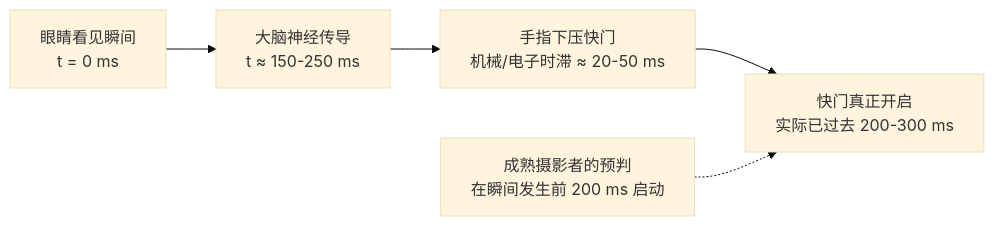
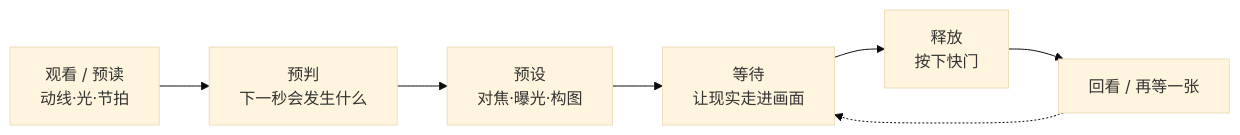
The first of 2 diagrams in docs/06-timing.md (yingwang/photography-book), drawn with Mermaid (base theme) before and after one commit. The commit also changed other lines of this file and 18 other files, not shown here.

````diff
--- a/docs/06-timing.md
+++ b/docs/06-timing.md
@@ -89,7 +95,9 @@
 ```mermaid
 graph LR
-    A["眼睛看见瞬间<br/>t = 0 ms"] --> B["大脑神经传导<br/>t ≈ 150-250 ms"]
-    B --> C["手指下压快门<br/>机械/电子时滞 ≈ 20-50 ms"]
-    C --> D["快门真正开启<br/>实际已过去 200-300 ms"]
-    E["成熟摄影者的预判<br/>在瞬间发生前 200 ms 启动"] -.-> D
+    A["观看 / 预读<br/>动线·光·节拍"] --> B["预判<br/>下一秒会发生什么"]
+    B --> C["预设<br/>对焦·曝光·构图"]
+    C --> D["等待<br/>让现实走进画面"]
+    D --> E["释放<br/>按下快门"]
+    E --> F["回看 / 再等一张"]
+    F -.-> D
 ```
````
